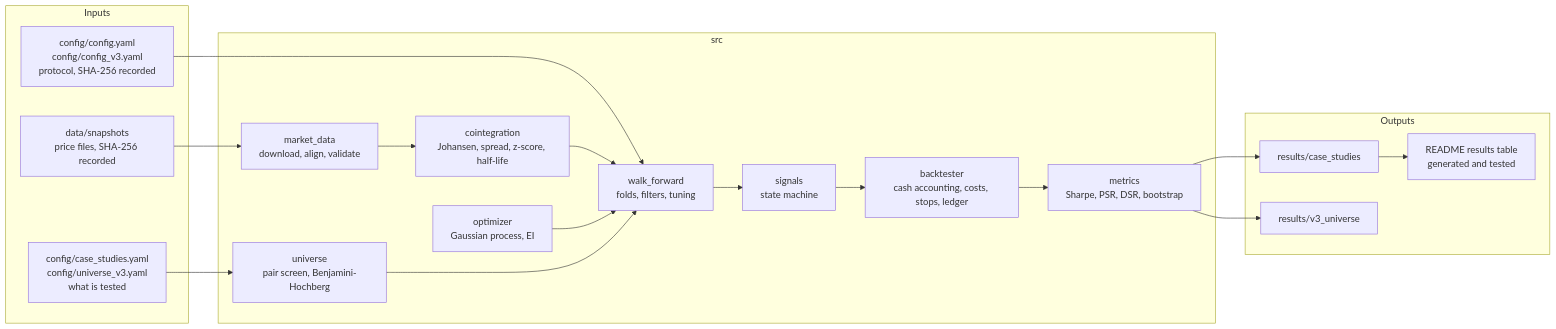
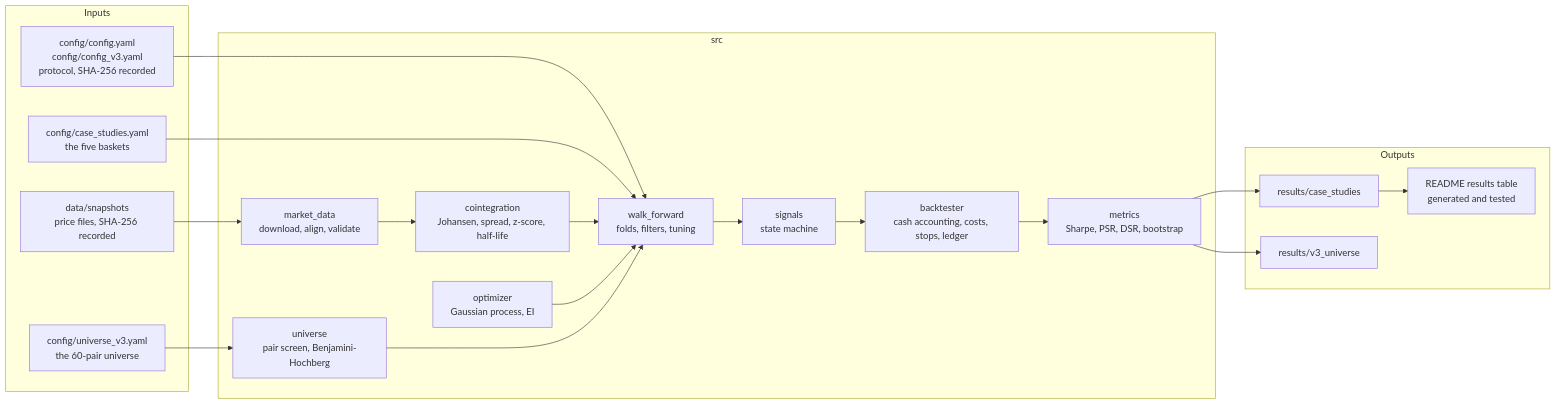
Before and after one commit to shaunak-batra/BasketTradingBO: the second of 2 diagrams in README.md, drawn with Mermaid. The commit also changed other lines of this file and 1 other file, not shown here.

````diff
--- a/README.md
+++ b/README.md
@@ -228,31 +229,33 @@
 ```mermaid
 flowchart LR
     subgraph Inputs
         P["config/config.yaml<br/>config/config_v3.yaml<br/>protocol, SHA-256 recorded"]
-        U["config/case_studies.yaml<br/>config/universe_v3.yaml<br/>what is tested"]
+        UC["config/case_studies.yaml<br/>the five baskets"]
+        UV["config/universe_v3.yaml<br/>the 60-pair universe"]
         D["data/snapshots<br/>price files, SHA-256 recorded"]
     end
     subgraph Engine["src"]
         MD["market_data<br/>download, align, validate"]
         CO["cointegration<br/>Johansen, spread, z-score, half-life"]
         WF["walk_forward<br/>folds, filters, tuning"]
         OP["optimizer<br/>Gaussian process, EI"]
         SG["signals<br/>state machine"]
         BT["backtester<br/>cash accounting, costs, stops, ledger"]
         ME["metrics<br/>Sharpe, PSR, DSR, bootstrap"]
         UN["universe<br/>pair screen, Benjamini-Hochberg"]
     end
     subgraph Outputs
         R1["results/case_studies"]
         R2["results/v3_universe"]
         RD["README results table<br/>generated and tested"]
     end
     P --> WF
-    U --> UN
+    UC --> WF
+    UV --> UN
     D --> MD --> CO --> WF
     OP --> WF
     WF --> SG --> BT --> ME
     ME --> R1 --> RD
     UN --> WF
     ME --> R2
 ```
````
